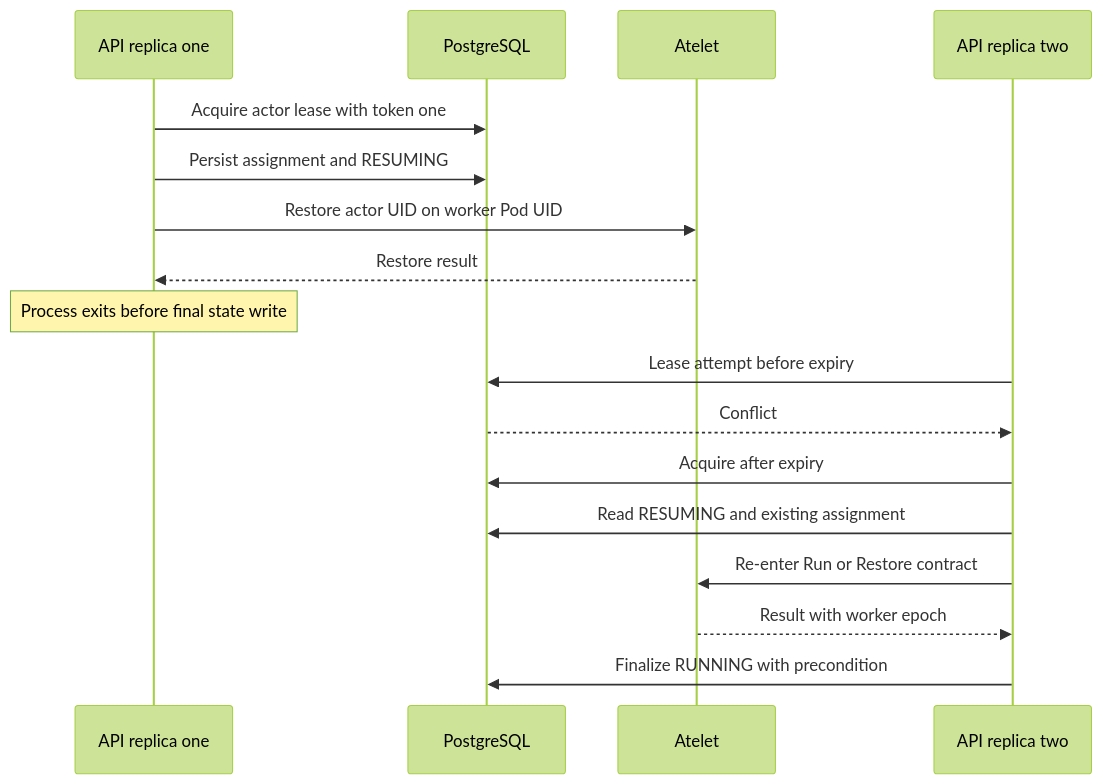
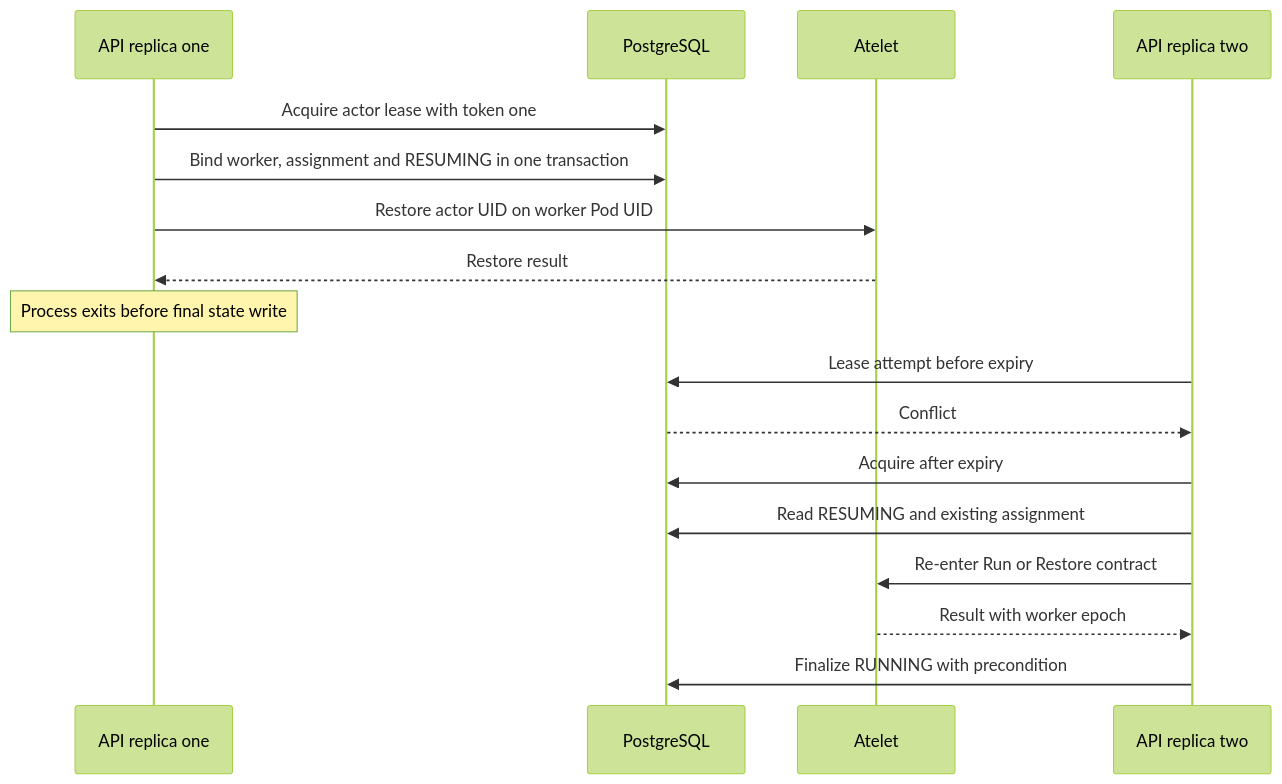
The second of 5 diagrams in book/chapters/03-placement-consistency.md (aroradaman/substrate), drawn with Mermaid (forest theme) before and after one commit. The commit also changed other lines of this file and 35 other files, not shown here.

````diff
--- a/book/chapters/03-placement-consistency.md
+++ b/book/chapters/03-placement-consistency.md
@@ -59,19 +57,19 @@
 ```mermaid
 sequenceDiagram
     participant R1 as API replica one
     participant DB as PostgreSQL
     participant L as Atelet
     participant R2 as API replica two
     R1->>DB: Acquire actor lease with token one
-    R1->>DB: Persist assignment and RESUMING
+    R1->>DB: Bind worker, assignment and RESUMING in one transaction
     R1->>L: Restore actor UID on worker Pod UID
     L-->>R1: Restore result
     Note over R1: Process exits before final state write
     R2->>DB: Lease attempt before expiry
     DB-->>R2: Conflict
     R2->>DB: Acquire after expiry
     R2->>DB: Read RESUMING and existing assignment
     R2->>L: Re-enter Run or Restore contract
     L-->>R2: Result with worker epoch
     R2->>DB: Finalize RUNNING with precondition
 ```
````
